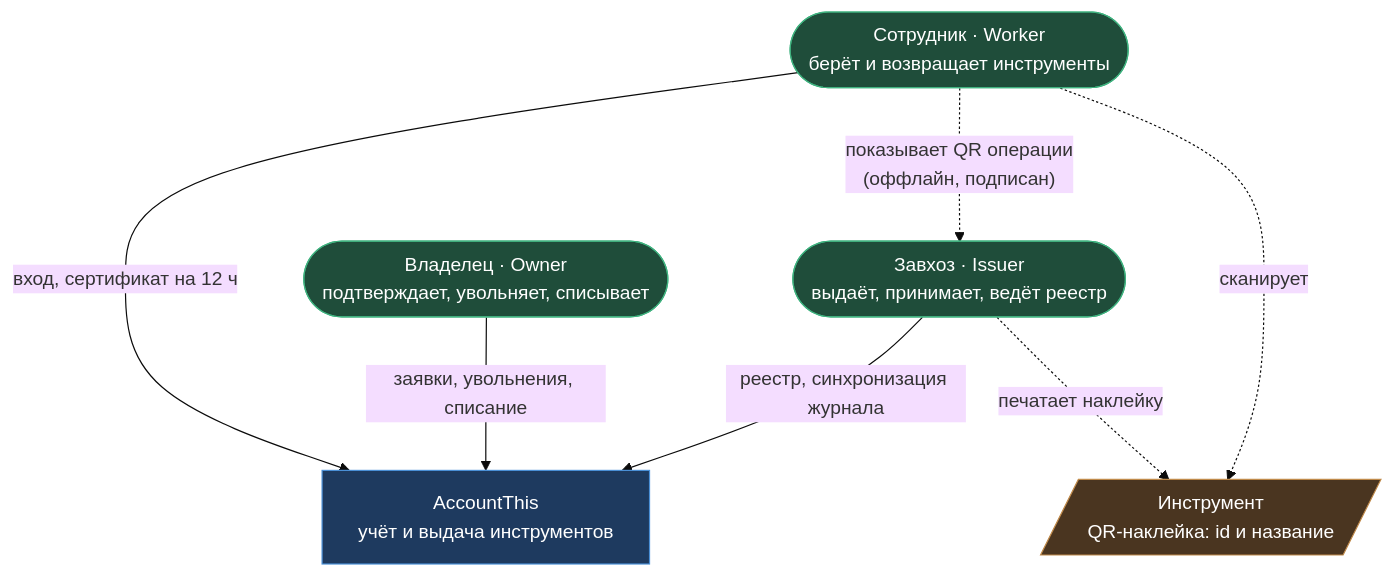
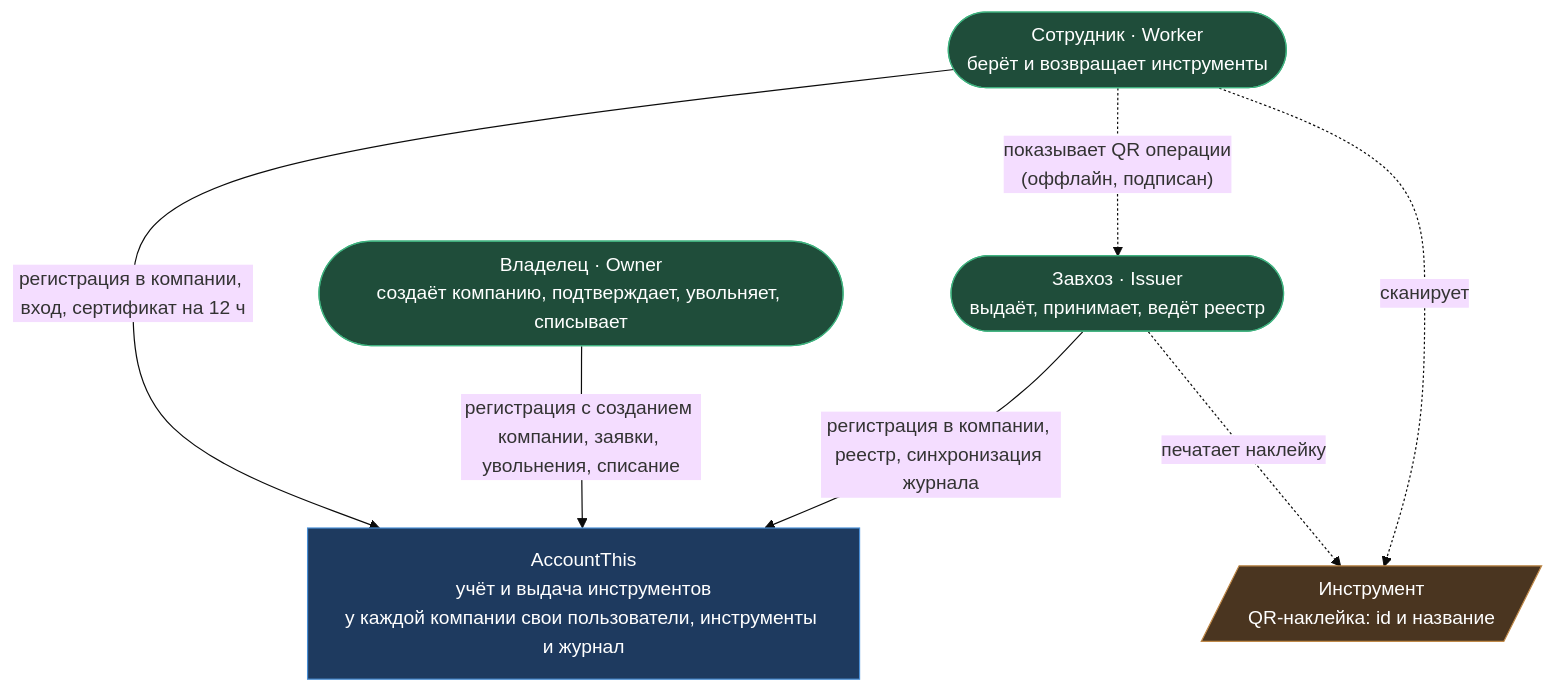
The diagram in docs/architecture/1-context.mmd (nelex12/account-this), drawn with Mermaid (base theme) before and after one commit. The commit also changed 34 other files, not shown here.

```diff
--- a/docs/architecture/1-context.mmd
+++ b/docs/architecture/1-context.mmd
@@ -1,32 +1,32 @@
 ---
 config:
   flowchart:
     diagramPadding: 60
     nodeSpacing: 90
     rankSpacing: 80
     wrappingWidth: 400
 ---
 flowchart TB
     Worker(["Сотрудник · Worker<br/>берёт и возвращает инструменты"])
-    Owner(["Владелец · Owner<br/>подтверждает, увольняет, списывает"])
+    Owner(["Владелец · Owner<br/>создаёт компанию, подтверждает, увольняет, списывает"])
     Issuer(["Завхоз · Issuer<br/>выдаёт, принимает, ведёт реестр"])
 
-    System["AccountThis<br/>учёт и выдача инструментов"]
+    System["AccountThis<br/>учёт и выдача инструментов<br/>у каждой компании свои пользователи, инструменты и журнал"]
     Tool[/"Инструмент<br/>QR-наклейка: id и название"/]
 
     Worker -. "показывает QR операции<br/>(оффлайн, подписан)" .-> Issuer
 
-    Worker -->|"вход, сертификат на 12 ч"| System
-    Owner -->|"заявки, увольнения, списание"| System
-    Issuer -->|"реестр, синхронизация журнала"| System
+    Worker -->|"регистрация в компании, вход, сертификат на 12 ч"| System
+    Owner -->|"регистрация с созданием компании, заявки, увольнения, списание"| System
+    Issuer -->|"регистрация в компании, реестр, синхронизация журнала"| System
 
     Issuer -. "печатает наклейку" .-> Tool
     Worker -. "сканирует" .-> Tool
 
     classDef actor fill:#1f4d3a,stroke:#3fb27f,color:#fff
     classDef system fill:#1e3a5f,stroke:#4a8fd6,color:#fff
     classDef thing fill:#4a3520,stroke:#c08a4a,color:#fff
 
     class Worker,Issuer,Owner actor
     class System system
     class Tool thing
```
